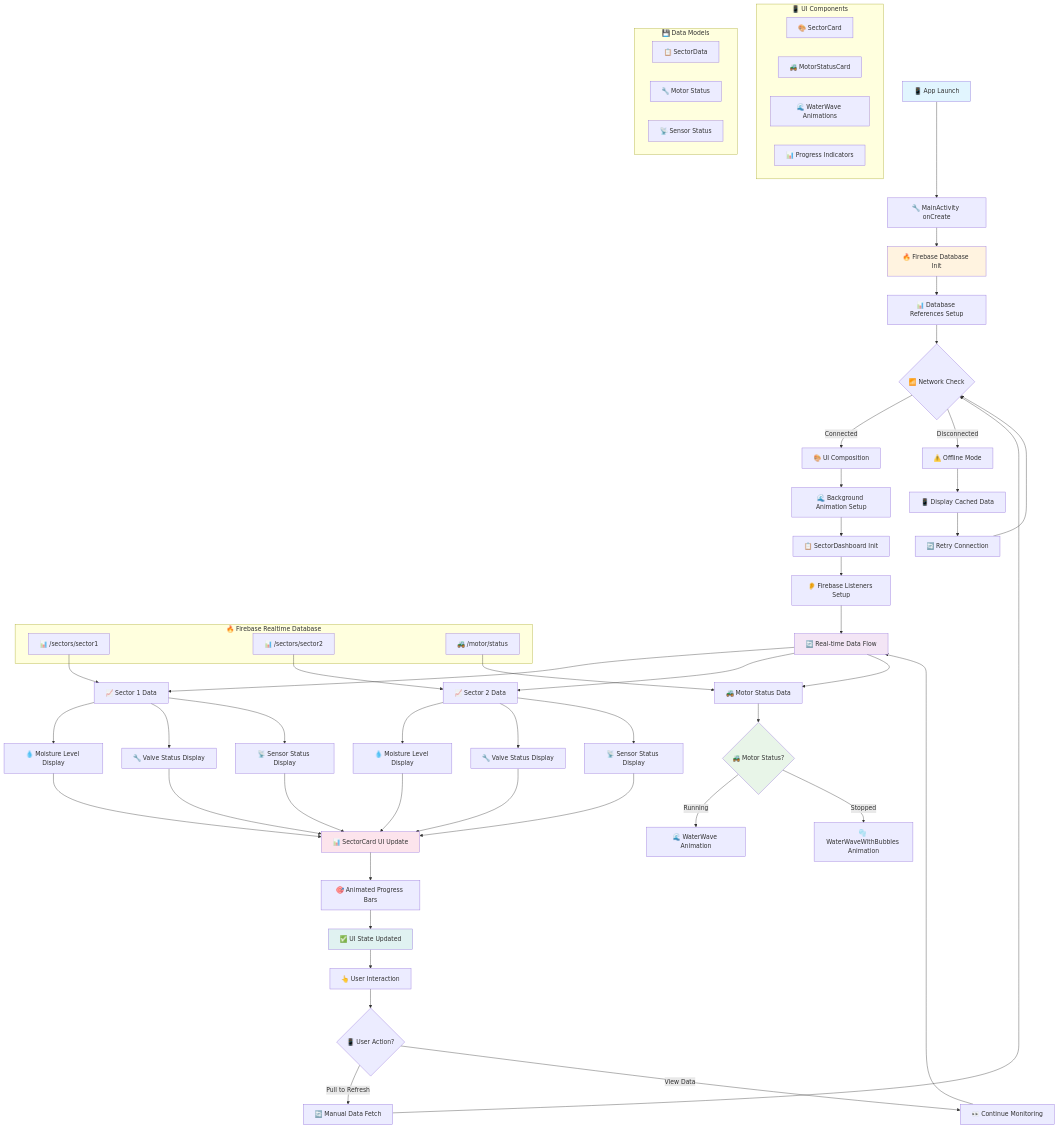
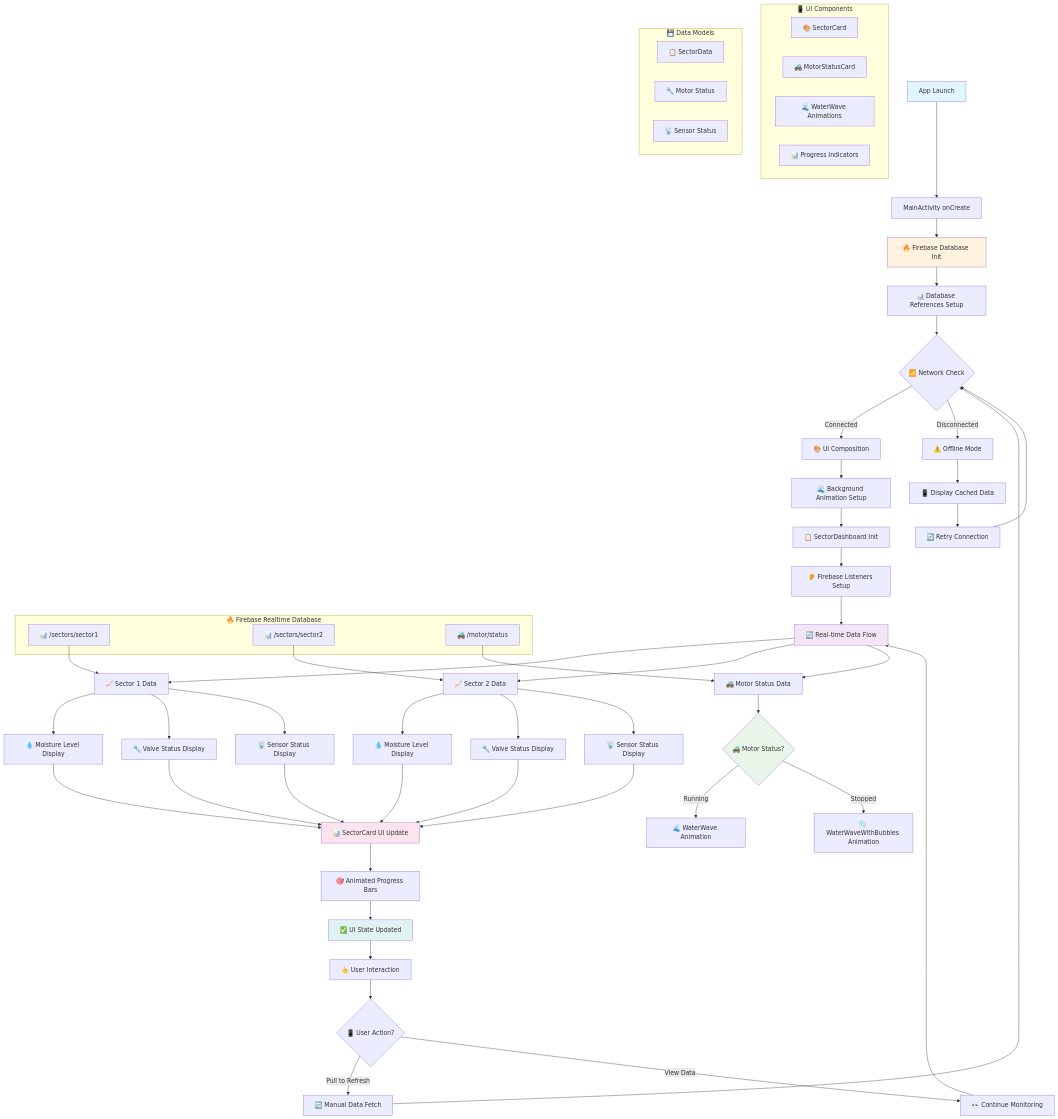
Before and after one commit to deshkaustubh/Dipex2025: the diagram in README.md, drawn with Mermaid. The commit also changed other lines of this file, not shown here.

Commit message:
Refine flowchart formatting and remove architecture overview from README.md

````diff
--- a/README.md
+++ b/README.md
@@ -33,6 +33,6 @@
 ```mermaid
 flowchart TD
-    A[📱 App Launch] --> B[🔧 MainActivity onCreate]
+    A[ App Launch] --> B[ MainActivity onCreate]
     B --> C[🔥 Firebase Database Init]
     C --> D[📊 Database References Setup]
     D --> E{📶 Network Check}
````
